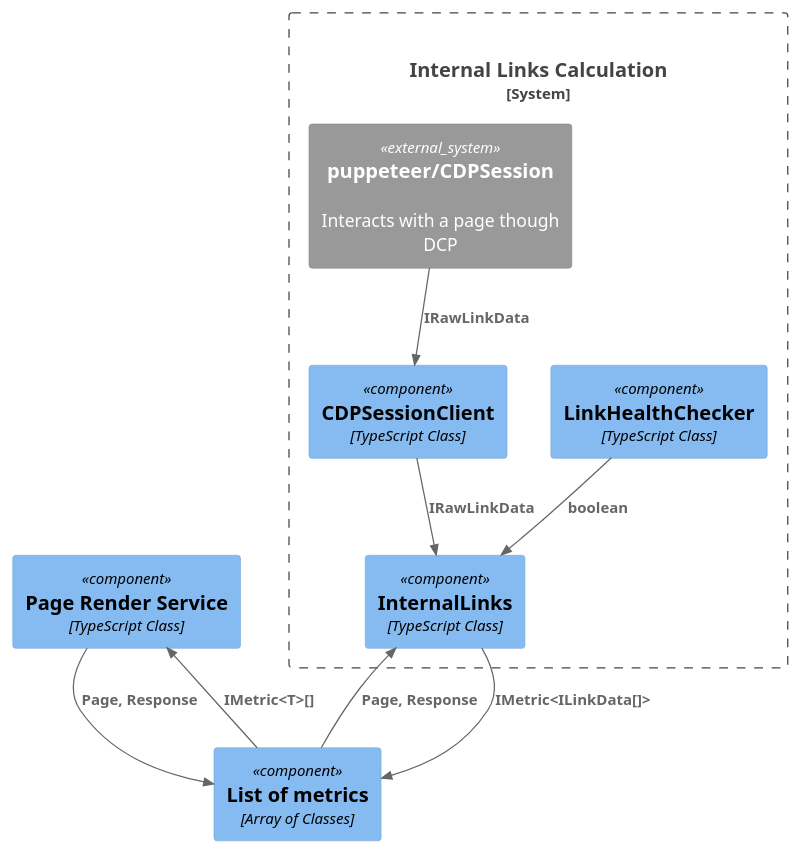
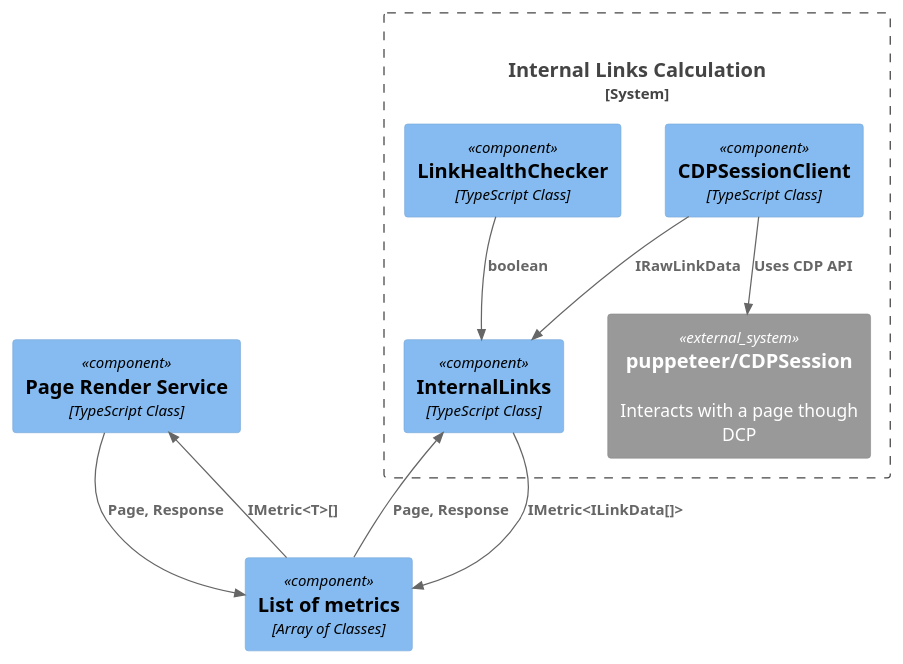
One commit to ali-habibzadeh/top10-seo-list-for-developers changed the diagram in designs/metrics/internal-links.puml. Above: the diagram before and after it, drawn with PlantUML. The commit also changed 1 other file, not shown here.

```diff
--- a/designs/metrics/internal-links.puml
+++ b/designs/metrics/internal-links.puml
@@ -1,27 +1,27 @@
 @startuml internal-links
 !includeurl https://raw.githubusercontent.com/RicardoNiepel/C4-PlantUML/release/1-0/C4.puml
 !includeurl https://raw.githubusercontent.com/RicardoNiepel/C4-PlantUML/release/1-0/C4_Container.puml
 !includeurl https://raw.githubusercontent.com/RicardoNiepel/C4-PlantUML/release/1-0/C4_Context.puml
 !includeurl https://raw.githubusercontent.com/RicardoNiepel/C4-PlantUML/release/1-0/C4_Component.puml
 
 Component(PageRenderService, "Page Render Service", "TypeScript Class")
 Component(metricsList, "List of metrics", "Array of Classes")
 
 
 System_Boundary(InternalLinksCalculation, "Internal Links Calculation") {
     Component(InternalLinks, "InternalLinks", "TypeScript Class")
     Component(CDPSessionClient, "CDPSessionClient", "TypeScript Class")
     Component(LinkHealthChecker, "LinkHealthChecker", "TypeScript Class")
 
     System_Ext(puppeteer, "puppeteer/CDPSession", "Interacts with a page though DCP")
 
     Rel(metricsList, PageRenderService, "IMetric<T>[]")
     Rel(PageRenderService, metricsList, "Page, Response")
     Rel(InternalLinks, metricsList, "IMetric<ILinkData[]>")
     Rel(metricsList, InternalLinks, "Page, Response")
     Rel(CDPSessionClient, InternalLinks, "IRawLinkData")
-    Rel(puppeteer, CDPSessionClient, "IRawLinkData")
+    Rel(CDPSessionClient, puppeteer, "Uses CDP API")
     Rel(LinkHealthChecker, InternalLinks, "boolean")
 }
 
 @enduml
```
